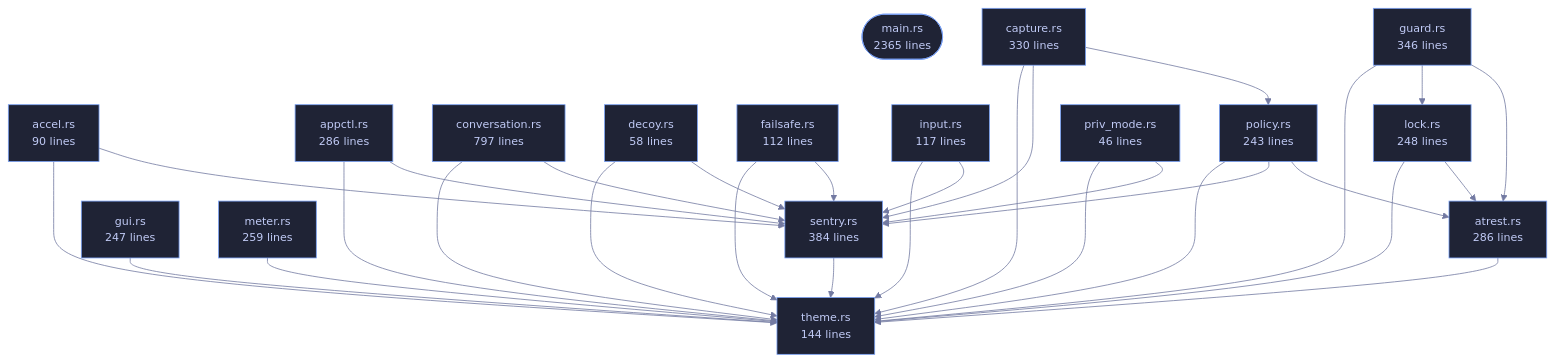
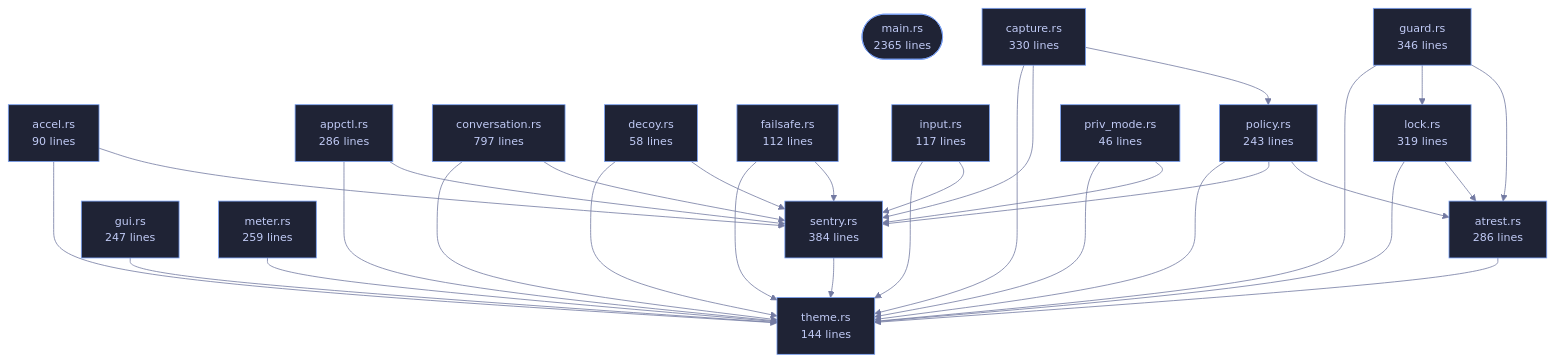
The diagram in wiki/Crate-veilvoice-cli.md (tilas01/veilvoice), drawn with Mermaid before and after one commit. The commit also changed other lines of this file and 57 other files, not shown here.

````diff
--- a/wiki/Crate-veilvoice-cli.md
+++ b/wiki/Crate-veilvoice-cli.md
@@ -97,67 +97,67 @@
 ```mermaid
 %%{init: {"theme":"base","themeVariables":{"background":"#1a1b26","primaryColor":"#1f2335","primaryTextColor":"#c0caf5","primaryBorderColor":"#7aa2f7","secondaryColor":"#16161e","tertiaryColor":"#16161e","lineColor":"#737aa2","textColor":"#c0caf5","mainBkg":"#1f2335","nodeBorder":"#7aa2f7","clusterBkg":"#16161e","clusterBorder":"#2f3549","fontFamily":"ui-monospace, SFMono-Regular, Consolas, monospace","fontSize":"14px"}}}%%
 flowchart TD
     n_main(["main.rs<br/>2365 lines"])
     n_accel["accel.rs<br/>90 lines"]
     n_appctl["appctl.rs<br/>286 lines"]
     n_atrest["atrest.rs<br/>286 lines"]
     n_capture["capture.rs<br/>330 lines"]
     n_conversation["conversation.rs<br/>797 lines"]
     n_decoy["decoy.rs<br/>58 lines"]
     n_failsafe["failsafe.rs<br/>112 lines"]
     n_guard["guard.rs<br/>346 lines"]
     n_gui["gui.rs<br/>247 lines"]
     n_input["input.rs<br/>117 lines"]
-    n_lock["lock.rs<br/>248 lines"]
+    n_lock["lock.rs<br/>319 lines"]
     n_meter["meter.rs<br/>259 lines"]
     n_policy["policy.rs<br/>243 lines"]
     n_priv_mode["priv_mode.rs<br/>46 lines"]
     n_sentry["sentry.rs<br/>384 lines"]
     n_theme["theme.rs<br/>144 lines"]
     n_accel --> n_sentry
     n_accel --> n_theme
     n_appctl --> n_sentry
     n_appctl --> n_theme
     n_atrest --> n_theme
     n_capture --> n_policy
     n_capture --> n_sentry
     n_capture --> n_theme
     n_conversation --> n_sentry
     n_conversation --> n_theme
     n_decoy --> n_sentry
     n_decoy --> n_theme
     n_failsafe --> n_sentry
     n_failsafe --> n_theme
     n_guard --> n_atrest
     n_guard --> n_lock
     n_guard --> n_theme
     n_gui --> n_theme
     n_input --> n_sentry
     n_input --> n_theme
     n_lock --> n_atrest
     n_lock --> n_theme
     n_meter --> n_theme
     n_policy --> n_atrest
     n_policy --> n_sentry
     n_policy --> n_theme
     n_priv_mode --> n_sentry
     n_priv_mode --> n_theme
     n_sentry --> n_theme
     click n_main href "https://github.com/tilas01/veilvoice/blob/main/crates/veilvoice-cli/src/main.rs" "open the source"
     click n_accel href "https://github.com/tilas01/veilvoice/blob/main/crates/veilvoice-cli/src/accel.rs" "open the source"
     click n_appctl href "https://github.com/tilas01/veilvoice/blob/main/crates/veilvoice-cli/src/appctl.rs" "open the source"
     click n_atrest href "https://github.com/tilas01/veilvoice/blob/main/crates/veilvoice-cli/src/atrest.rs" "open the source"
     click n_capture href "https://github.com/tilas01/veilvoice/blob/main/crates/veilvoice-cli/src/capture.rs" "open the source"
     click n_conversation href "https://github.com/tilas01/veilvoice/blob/main/crates/veilvoice-cli/src/conversation.rs" "open the source"
     click n_decoy href "https://github.com/tilas01/veilvoice/blob/main/crates/veilvoice-cli/src/decoy.rs" "open the source"
     click n_failsafe href "https://github.com/tilas01/veilvoice/blob/main/crates/veilvoice-cli/src/failsafe.rs" "open the source"
     click n_guard href "https://github.com/tilas01/veilvoice/blob/main/crates/veilvoice-cli/src/guard.rs" "open the source"
     click n_gui href "https://github.com/tilas01/veilvoice/blob/main/crates/veilvoice-cli/src/gui.rs" "open the source"
     click n_input href "https://github.com/tilas01/veilvoice/blob/main/crates/veilvoice-cli/src/input.rs" "open the source"
     click n_lock href "https://github.com/tilas01/veilvoice/blob/main/crates/veilvoice-cli/src/lock.rs" "open the source"
     click n_meter href "https://github.com/tilas01/veilvoice/blob/main/crates/veilvoice-cli/src/meter.rs" "open the source"
     click n_policy href "https://github.com/tilas01/veilvoice/blob/main/crates/veilvoice-cli/src/policy.rs" "open the source"
     click n_priv_mode href "https://github.com/tilas01/veilvoice/blob/main/crates/veilvoice-cli/src/priv_mode.rs" "open the source"
     click n_sentry href "https://github.com/tilas01/veilvoice/blob/main/crates/veilvoice-cli/src/sentry.rs" "open the source"
     click n_theme href "https://github.com/tilas01/veilvoice/blob/main/crates/veilvoice-cli/src/theme.rs" "open the source"
 ```
````
